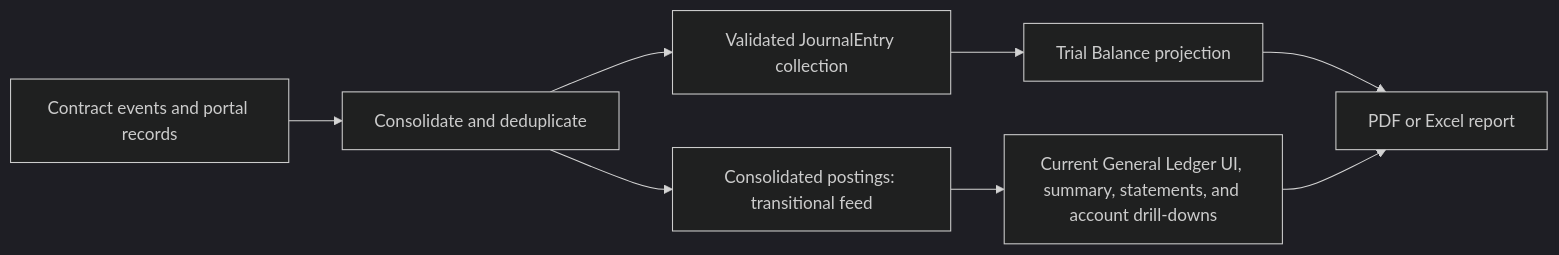
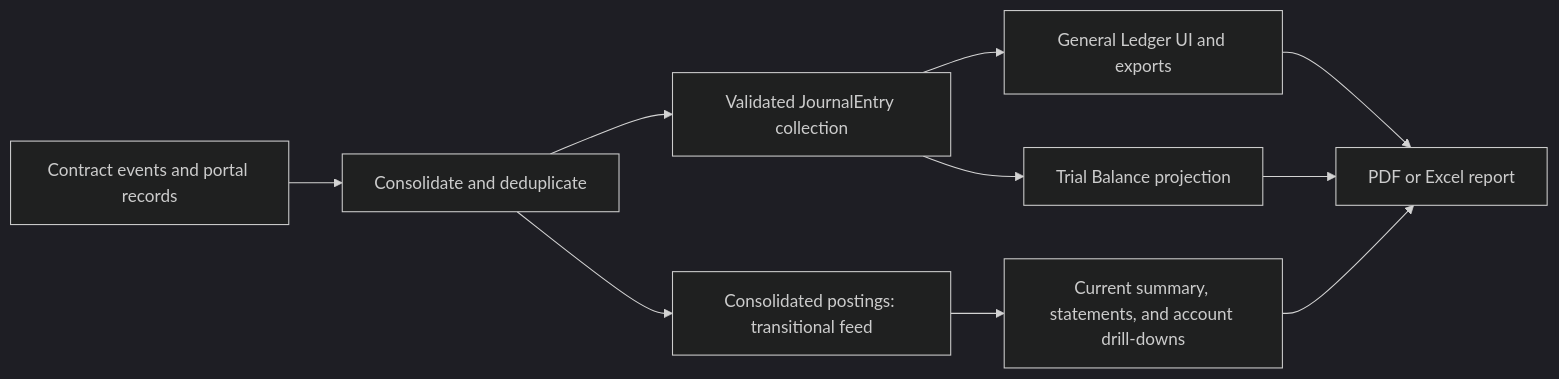
The diagram in docs/features/accounting/README.md (globe-and-citizen/cnc-portal), drawn with Mermaid (dark theme) before and after one commit. The commit also changed other lines of this file and 2 other files, not shown here.

Commit message:
docs: 📝 document journal-based General Ledger

````diff
--- a/docs/features/accounting/README.md
+++ b/docs/features/accounting/README.md
@@ -37,10 +37,12 @@
 ```mermaid
 flowchart LR
     Sources[Contract events and portal records] --> Consolidate[Consolidate and deduplicate]
     Consolidate --> Postings[Consolidated postings: transitional feed]
     Consolidate --> Journal[Validated JournalEntry collection]
+    Journal --> GeneralLedger[General Ledger UI and exports]
     Journal --> Trial[Trial Balance projection]
-    Postings --> Legacy[Current General Ledger UI, summary, statements, and account drill-downs]
+    Postings --> Legacy[Current summary, statements, and account drill-downs]
+    GeneralLedger --> Export
     Trial --> Export[PDF or Excel report]
     Legacy --> Export
 ```
````
